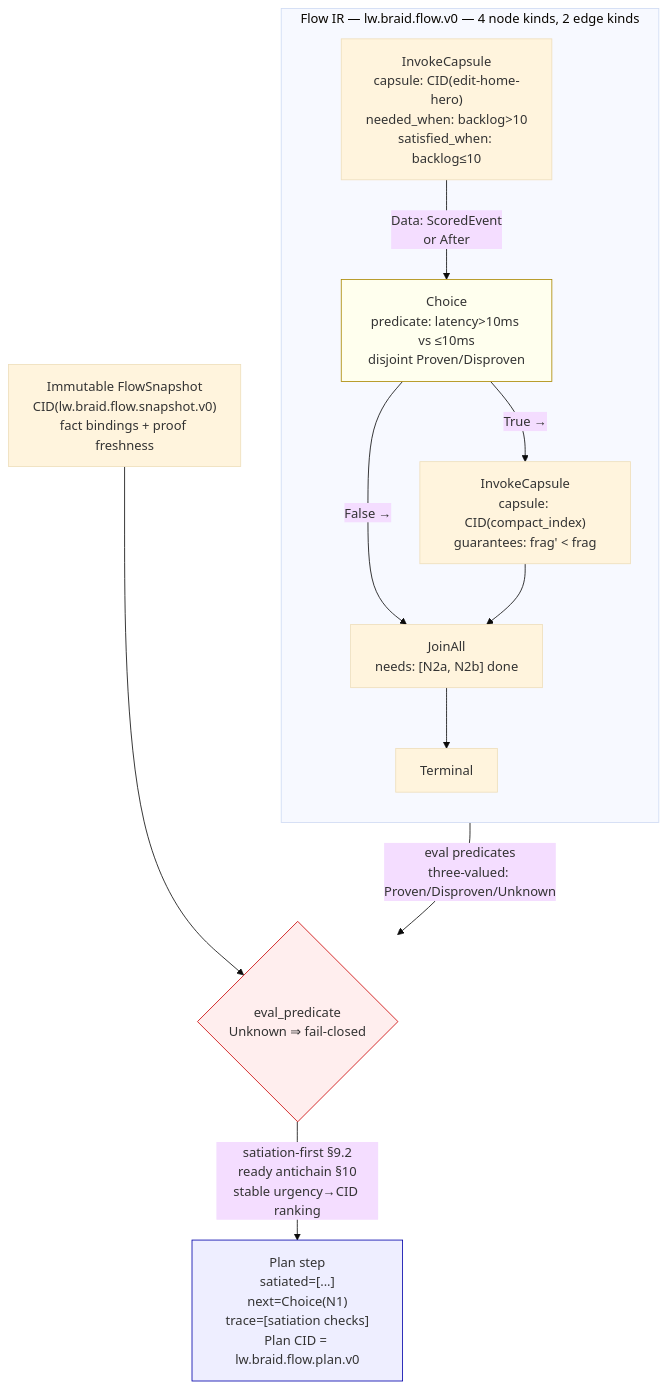
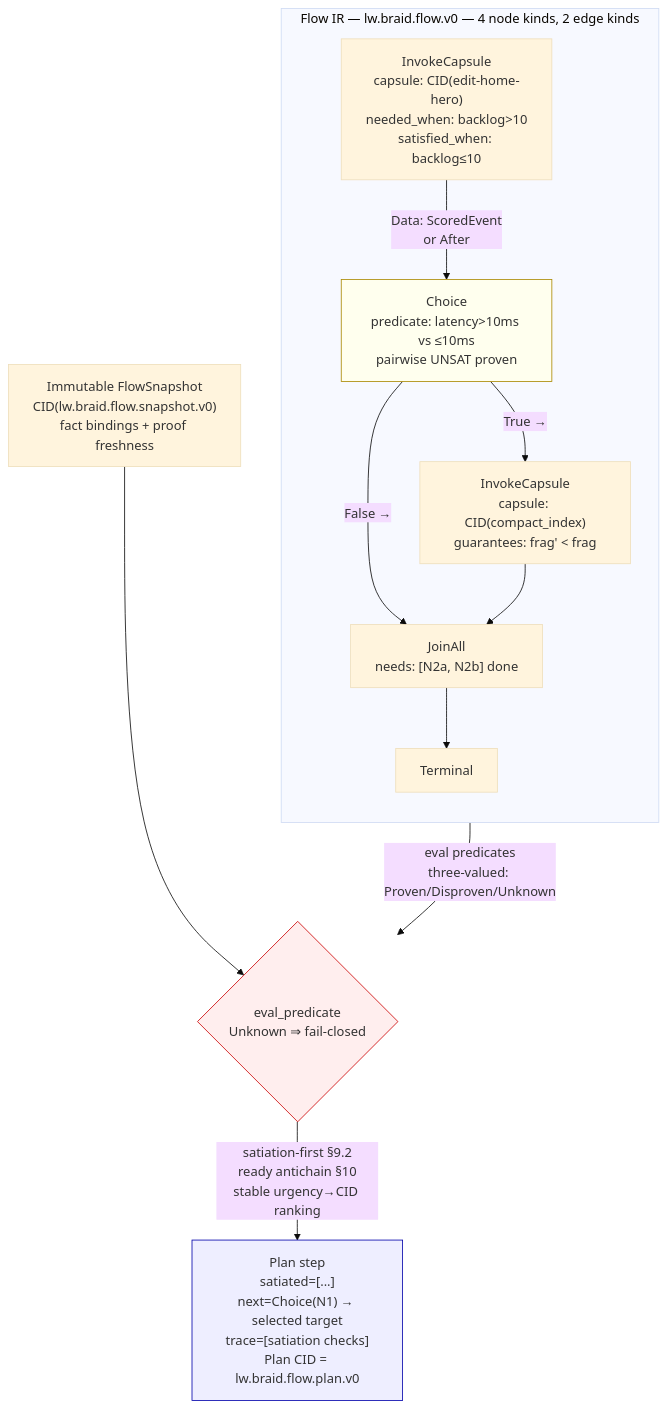
The third of 6 diagrams in docs/STRATEGIC-VISION.md (srinji-kaggss/Braid), drawn with Mermaid (base theme) before and after one commit. The commit also changed other lines of this file and 14 other files, not shown here.

Commit message:
Prove Flow Choice predicate disjointness

````diff
--- a/docs/STRATEGIC-VISION.md
+++ b/docs/STRATEGIC-VISION.md
@@ -125,29 +125,29 @@
 ```mermaid
 flowchart TB
     subgraph FlowIR["Flow IR — lw.braid.flow.v0 — 4 node kinds, 2 edge kinds"]
         direction TB
         N0["InvokeCapsule<br/>capsule: CID(edit-home-hero)<br/>needed_when: backlog>10<br/>satisfied_when: backlog≤10"]
-        N1["Choice<br/>predicate: latency>10ms vs ≤10ms<br/>disjoint Proven/Disproven"]
+        N1["Choice<br/>predicate: latency>10ms vs ≤10ms<br/>pairwise UNSAT proven"]
         N2["InvokeCapsule<br/>capsule: CID(compact_index)<br/>guarantees: frag' < frag"]
         N3["JoinAll<br/>needs: [N2a, N2b] done"]
         N4["Terminal"]
 
         N0 -->|"Data: ScoredEvent<br/>or After"| N1
         N1 -->|"True →"| N2
         N1 -->|"False →"| N3
         N2 --> N3
         N3 --> N4
     end
 
     Snapshot["Immutable FlowSnapshot<br/>CID(lw.braid.flow.snapshot.v0)<br/>fact bindings + proof freshness"]
 
-    PlanStep["Plan step<br/>satiated=[...]<br/>next=Choice(N1)<br/>trace=[satiation checks]<br/>Plan CID = lw.braid.flow.plan.v0"]
+    PlanStep["Plan step<br/>satiated=[...]<br/>next=Choice(N1) → selected target<br/>trace=[satiation checks]<br/>Plan CID = lw.braid.flow.plan.v0"]
 
     FlowIR -->|"eval predicates<br/>three-valued: Proven/Disproven/Unknown"| Eval{"eval_predicate<br/>Unknown ⇒ fail-closed"}
     Snapshot --> Eval
     Eval -->|"satiation-first §9.2<br/>ready antichain §10<br/>stable urgency→CID ranking"| PlanStep
 
     style N1 fill:#ffe,stroke:#a80
     style Eval fill:#fee,stroke:#c00
     style PlanStep fill:#eef,stroke:#00a
 ```
````
